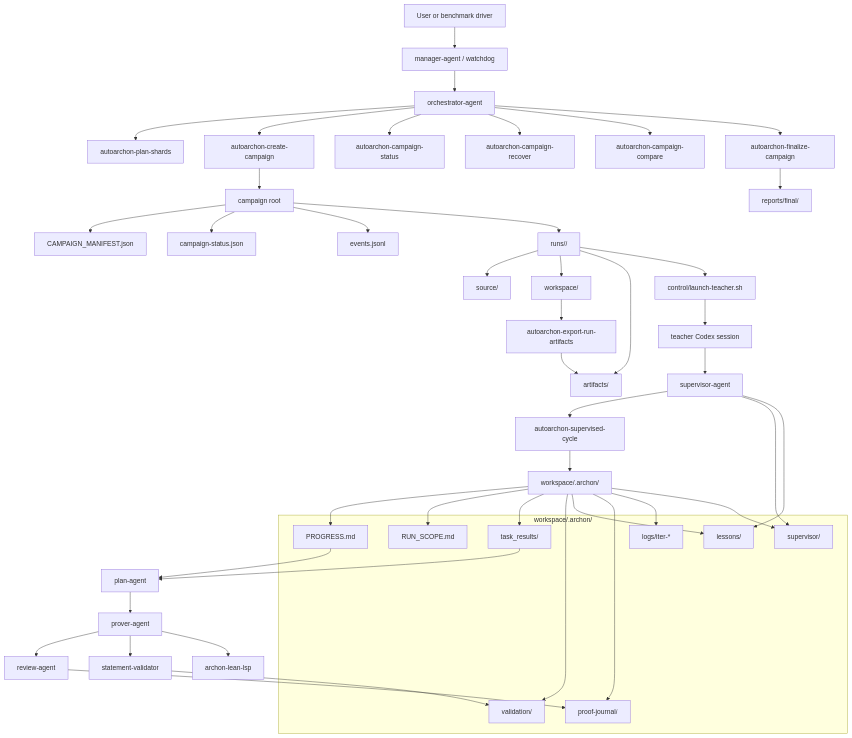
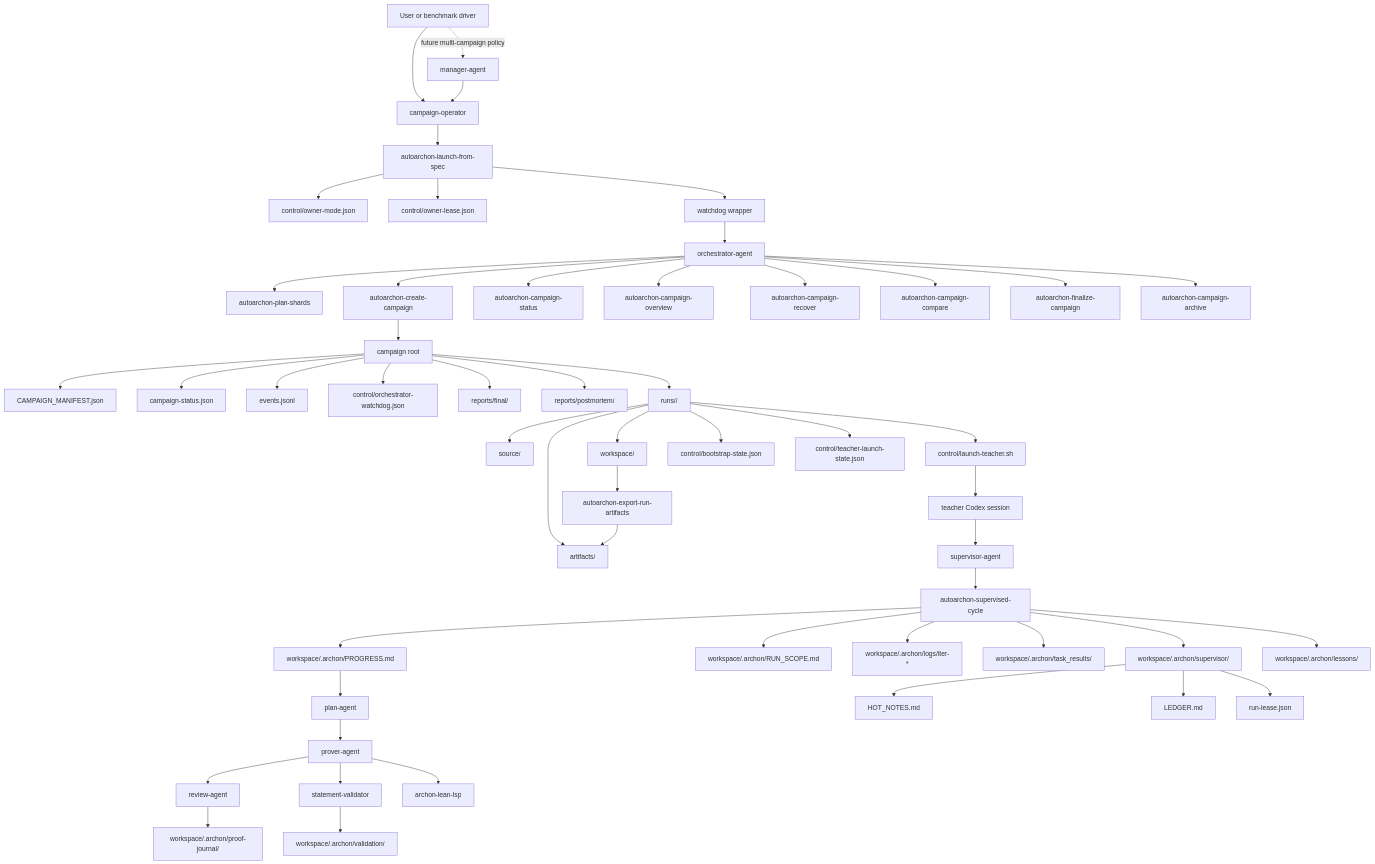
One commit to Wenbobobo/AutoArchon changed the diagram in docs/architecture.md. Above: the diagram before and after it, drawn with Mermaid. The commit also changed other lines of this file and 40 other files, not shown here.

Commit message:
Harden control plane and add spec-driven campaign operator

````diff
--- a/docs/architecture.md
+++ b/docs/architecture.md
@@ -7,59 +7,56 @@
 ```mermaid
 flowchart TD
-    U[User or benchmark driver] --> MAN[manager-agent / watchdog]
-    MAN --> ORCH[orchestrator-agent]
+    U[User or benchmark driver] --> CO[campaign-operator]
+    U -. future multi-campaign policy .-> MAN[manager-agent]
+    MAN --> CO
+    CO --> SPEC[autoarchon-launch-from-spec]
+    SPEC --> OWNER[control/owner-mode.json]
+    SPEC --> LEASE[control/owner-lease.json]
+    SPEC --> WD[watchdog wrapper]
+    WD --> ORCH[orchestrator-agent]
     ORCH --> SHARDS[autoarchon-plan-shards]
     ORCH --> CREATE[autoarchon-create-campaign]
     ORCH --> STATUS[autoarchon-campaign-status]
+    ORCH --> OVERVIEW[autoarchon-campaign-overview]
     ORCH --> REC[autoarchon-campaign-recover]
     ORCH --> CMP[autoarchon-campaign-compare]
     ORCH --> FIN[autoarchon-finalize-campaign]
+    ORCH --> ARC[autoarchon-campaign-archive]
     CREATE --> CAMP[campaign root]
     CAMP --> CM[CAMPAIGN_MANIFEST.json]
     CAMP --> CS[campaign-status.json]
     CAMP --> EV[events.jsonl]
+    CAMP --> WDSTATE[control/orchestrator-watchdog.json]
+    CAMP --> FINAL[reports/final/]
+    CAMP --> POST[reports/postmortem/]
     CAMP --> RUNS[runs/<id>/]
+
     RUNS --> SRC[source/]
     RUNS --> WS[workspace/]
     RUNS --> ART[artifacts/]
     RUNS --> CTRL[control/launch-teacher.sh]
-    FIN --> FINAL[reports/final/]
+    RUNS --> BOOT[control/bootstrap-state.json]
+    RUNS --> TSTATE[control/teacher-launch-state.json]
 
     CTRL --> TEACHER[teacher Codex session]
     TEACHER --> SUP[supervisor-agent]
     SUP --> CYCLE[autoarchon-supervised-cycle]
-    CYCLE --> STATE[workspace/.archon/]
-
-    subgraph State["workspace/.archon/"]
-        PROG[PROGRESS.md]
-        SCOPE[RUN_SCOPE.md]
-        TASKS[task_results/]
-        VAL[validation/]
-        LES[lessons/]
-        JOURNAL[proof-journal/]
-        LOGS[logs/iter-*]
-        SUPDIR[supervisor/]
-    end
-
-    STATE --> PROG
-    STATE --> SCOPE
-    STATE --> TASKS
-    STATE --> VAL
-    STATE --> LES
-    STATE --> JOURNAL
-    STATE --> LOGS
-    STATE --> SUPDIR
-
+    CYCLE --> PROG[workspace/.archon/PROGRESS.md]
+    CYCLE --> SCOPE[workspace/.archon/RUN_SCOPE.md]
+    CYCLE --> LOGS[workspace/.archon/logs/iter-*]
+    CYCLE --> TASKS[workspace/.archon/task_results/]
+    CYCLE --> SUPDIR[workspace/.archon/supervisor/]
+    CYCLE --> LES[workspace/.archon/lessons/]
     PROG --> PLAN[plan-agent]
-    TASKS --> PLAN
     PLAN --> PROVER[prover-agent]
     PROVER --> REVIEW[review-agent]
     PROVER --> STMT[statement-validator]
-    STMT --> VAL
-    REVIEW --> JOURNAL
-    SUP --> SUPDIR
-    SUP --> LES
     PROVER --> LSP[archon-lean-lsp]
+    STMT --> VAL[workspace/.archon/validation/]
+    REVIEW --> JOURNAL[workspace/.archon/proof-journal/]
+    SUPDIR --> HOT[HOT_NOTES.md]
+    SUPDIR --> LEDGER[LEDGER.md]
+    SUPDIR --> RUNLEASE[run-lease.json]
     WS --> EXPORT[autoarchon-export-run-artifacts]
     EXPORT --> ART
 ```
````
